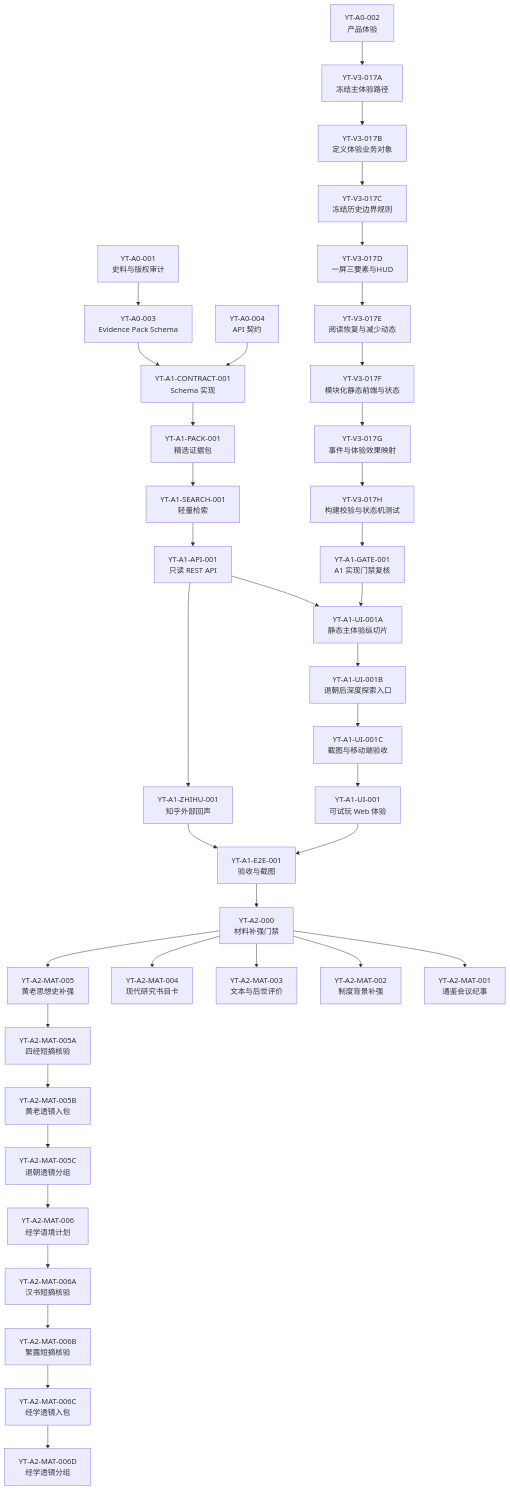
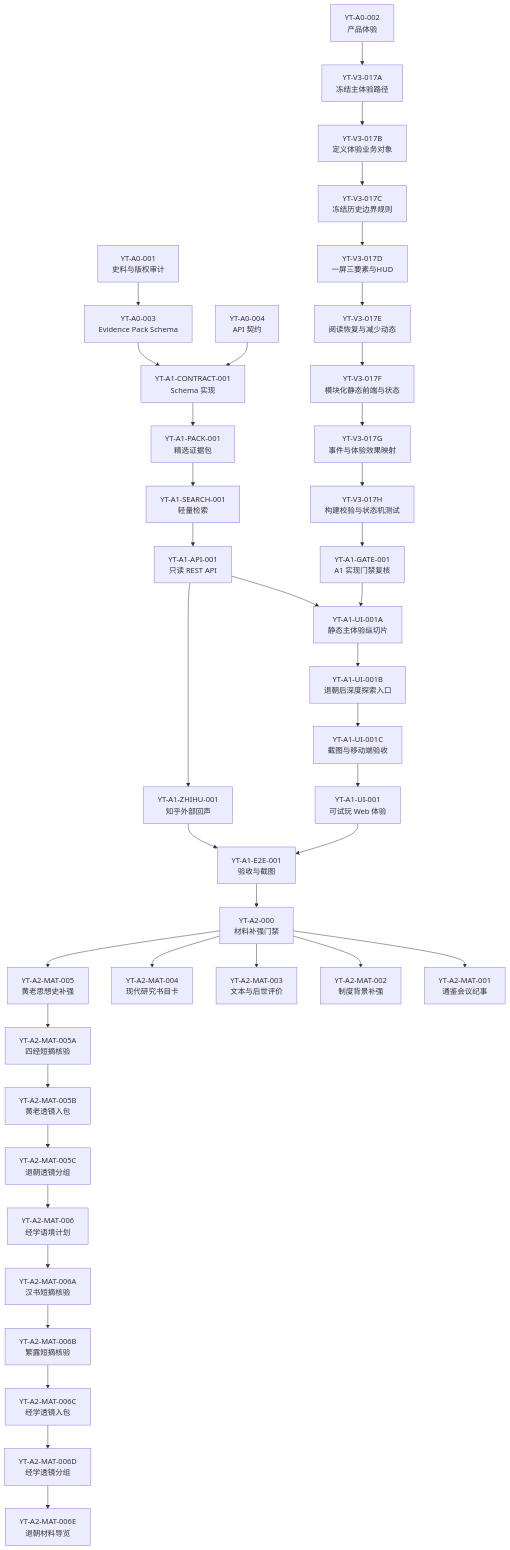
One commit to baijianqing/yantie-history changed the diagram in docs/YANTIE_TASK_BREAKDOWN.md. Above: the diagram before and after it, drawn with Mermaid. The commit also changed other lines of this file and 3 other files, not shown here.

````diff
--- a/docs/YANTIE_TASK_BREAKDOWN.md
+++ b/docs/YANTIE_TASK_BREAKDOWN.md
@@ -24,41 +24,42 @@
 ```mermaid
 flowchart TB
     A001["YT-A0-001<br/>史料与版权审计"] --> A003["YT-A0-003<br/>Evidence Pack Schema"]
     A002["YT-A0-002<br/>产品体验"]
     A003 --> C001["YT-A1-CONTRACT-001<br/>Schema 实现"]
     A004["YT-A0-004<br/>API 契约"] --> C001
     C001 --> P001["YT-A1-PACK-001<br/>精选证据包"]
     P001 --> S001["YT-A1-SEARCH-001<br/>轻量检索"]
     S001 --> API001["YT-A1-API-001<br/>只读 REST API"]
     API001 --> UI001A["YT-A1-UI-001A<br/>静态主体验纵切片"]
     UI001A --> UI001B["YT-A1-UI-001B<br/>退朝后深度探索入口"]
     UI001B --> UI001C["YT-A1-UI-001C<br/>截图与移动端验收"]
     UI001C --> UI001["YT-A1-UI-001<br/>可试玩 Web 体验"]
     API001 --> ZH001["YT-A1-ZHIHU-001<br/>知乎外部回声"]
     UI001 --> E2E001["YT-A1-E2E-001<br/>验收与截图"]
     ZH001 --> E2E001
     E2E001 --> A2000["YT-A2-000<br/>材料补强门禁"]
     A2000 --> A2MAT001["YT-A2-MAT-001<br/>通鉴会议纪事"]
     A2000 --> A2MAT002["YT-A2-MAT-002<br/>制度背景补强"]
     A2000 --> A2MAT003["YT-A2-MAT-003<br/>文本与后世评价"]
     A2000 --> A2MAT004["YT-A2-MAT-004<br/>现代研究书目卡"]
     A2000 --> A2MAT005["YT-A2-MAT-005<br/>黄老思想史补强"]
     A2MAT005 --> A2MAT005A["YT-A2-MAT-005A<br/>四经短摘核验"]
     A2MAT005A --> A2MAT005B["YT-A2-MAT-005B<br/>黄老透镜入包"]
     A2MAT005B --> A2MAT005C["YT-A2-MAT-005C<br/>退朝透镜分组"]
     A2MAT005C --> A2MAT006["YT-A2-MAT-006<br/>经学语境计划"]
     A2MAT006 --> A2MAT006A["YT-A2-MAT-006A<br/>汉书短摘核验"]
     A2MAT006A --> A2MAT006B["YT-A2-MAT-006B<br/>繁露短摘核验"]
     A2MAT006B --> A2MAT006C["YT-A2-MAT-006C<br/>经学透镜入包"]
     A2MAT006C --> A2MAT006D["YT-A2-MAT-006D<br/>经学透镜分组"]
+    A2MAT006D --> A2MAT006E["YT-A2-MAT-006E<br/>退朝材料导览"]
     A002 --> V3017A["YT-V3-017A<br/>冻结主体验路径"]
     V3017A --> V3017B["YT-V3-017B<br/>定义体验业务对象"]
     V3017B --> V3017C["YT-V3-017C<br/>冻结历史边界规则"]
     V3017C --> V3017D["YT-V3-017D<br/>一屏三要素与HUD"]
     V3017D --> V3017E["YT-V3-017E<br/>阅读恢复与减少动态"]
     V3017E --> V3017F["YT-V3-017F<br/>模块化静态前端与状态"]
     V3017F --> V3017G["YT-V3-017G<br/>事件与体验效果映射"]
     V3017G --> V3017H["YT-V3-017H<br/>构建校验与状态机测试"]
     V3017H --> GATE001["YT-A1-GATE-001<br/>A1 实现门禁复核"]
     GATE001 --> UI001A
 ```
````
